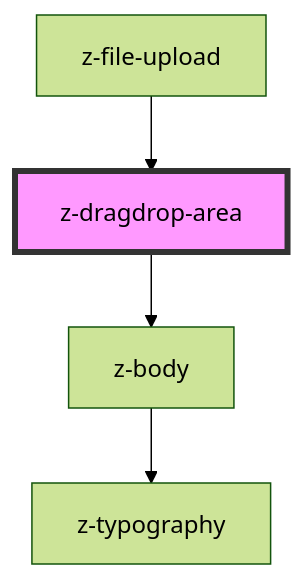
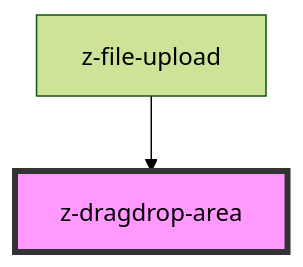
Before and after one commit to ZanichelliEditore/design-system: the diagram in src/components/file-upload/z-dragdrop-area/readme.md, drawn with Mermaid (forest theme). The commit also changed other lines of this file and 7 other files, not shown here.

````diff
--- a/src/components/file-upload/z-dragdrop-area/readme.md
+++ b/src/components/file-upload/z-dragdrop-area/readme.md
@@ -24,7 +20,5 @@
 ```mermaid
 graph TD;
-  z-dragdrop-area --> z-body
-  z-body --> z-typography
   z-file-upload --> z-dragdrop-area
   style z-dragdrop-area fill:#f9f,stroke:#333,stroke-width:4px
 ```
````
